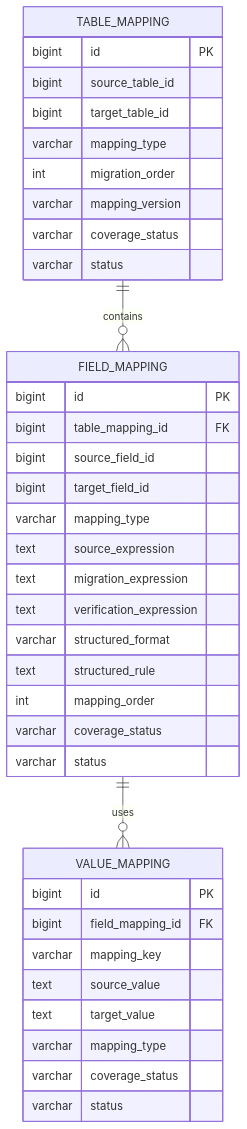
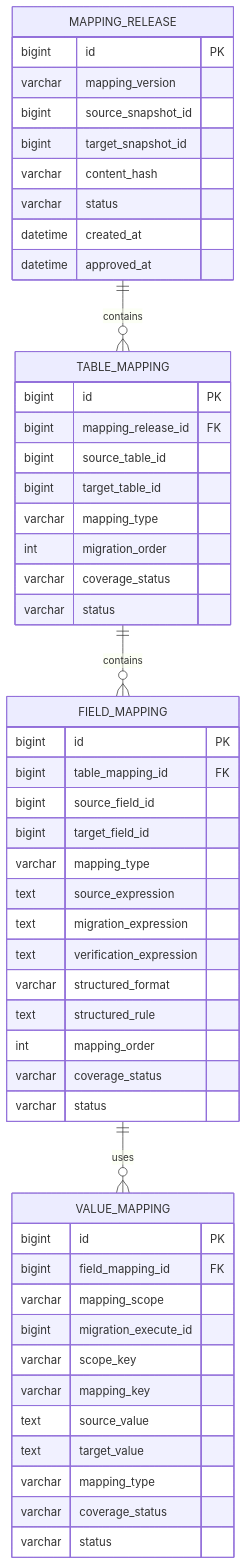
One commit to duyduyly/php-notebook changed the second of 3 diagrams in docs/joomla/learning/database/migration/tutorial/migration-workflow.md. Above: the diagram before and after it, drawn with Mermaid. The commit also changed other lines of this file, not shown here.

Commit message:
Strengthen migration control database workflow

````diff
--- a/docs/joomla/learning/database/migration/tutorial/migration-workflow.md
+++ b/docs/joomla/learning/database/migration/tutorial/migration-workflow.md
@@ -296,61 +416,58 @@
 ```mermaid
 erDiagram
-
+    MAPPING_RELEASE ||--o{ TABLE_MAPPING : contains
     TABLE_MAPPING ||--o{ FIELD_MAPPING : contains
     FIELD_MAPPING ||--o{ VALUE_MAPPING : uses
 
+    MAPPING_RELEASE {
+        bigint id PK
+        varchar mapping_version
+        bigint source_snapshot_id
+        bigint target_snapshot_id
+        varchar content_hash
+        varchar status
+        datetime created_at
+        datetime approved_at
+    }
+
     TABLE_MAPPING {
         bigint id PK
-
+        bigint mapping_release_id FK
         bigint source_table_id
         bigint target_table_id
-
         varchar mapping_type
-
         int migration_order
-
-        varchar mapping_version
-
         varchar coverage_status
         varchar status
     }
 
     FIELD_MAPPING {
         bigint id PK
-
         bigint table_mapping_id FK
-
         bigint source_field_id
         bigint target_field_id
-
         varchar mapping_type
-
         text source_expression
         text migration_expression
         text verification_expression
-
         varchar structured_format
         text structured_rule
-
         int mapping_order
-
         varchar coverage_status
         varchar status
     }
 
     VALUE_MAPPING {
         bigint id PK
-
         bigint field_mapping_id FK
-
+        varchar mapping_scope
+        bigint migration_execute_id
+        varchar scope_key
         varchar mapping_key
-
         text source_value
         text target_value
-
         varchar mapping_type
-
         varchar coverage_status
         varchar status
     }
 ```
````
